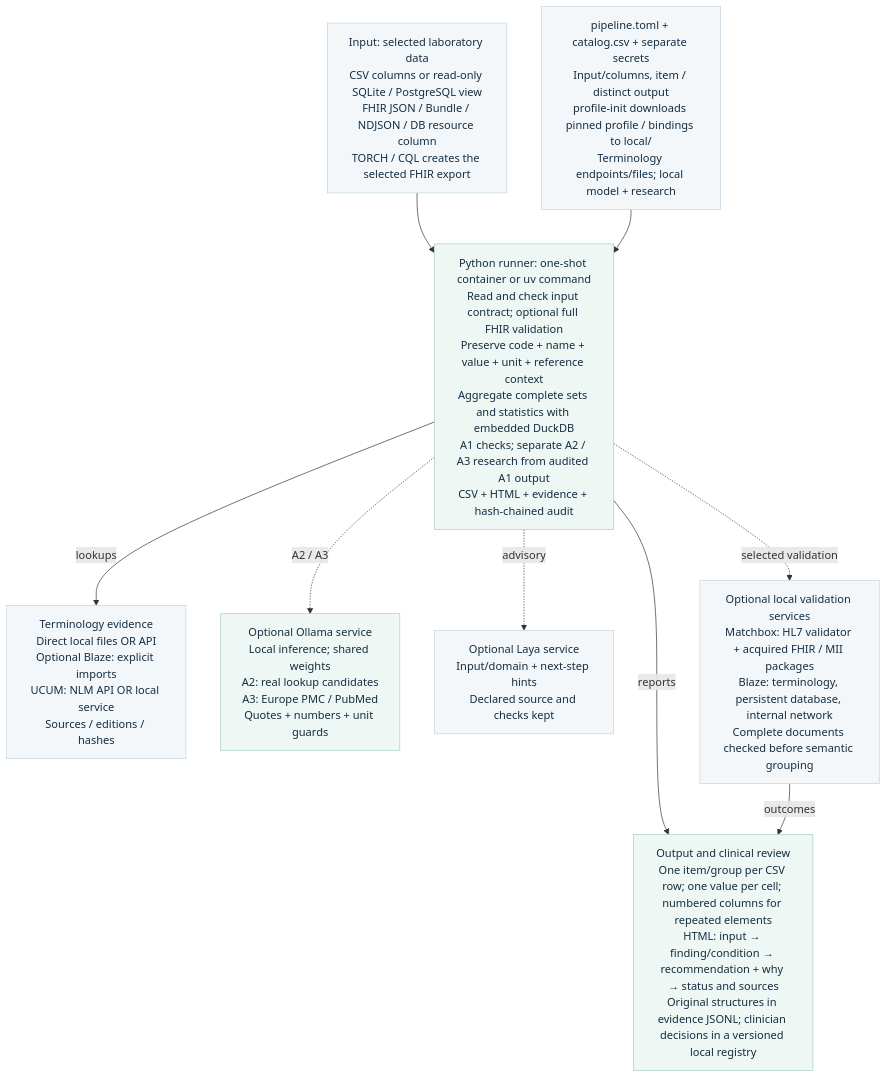
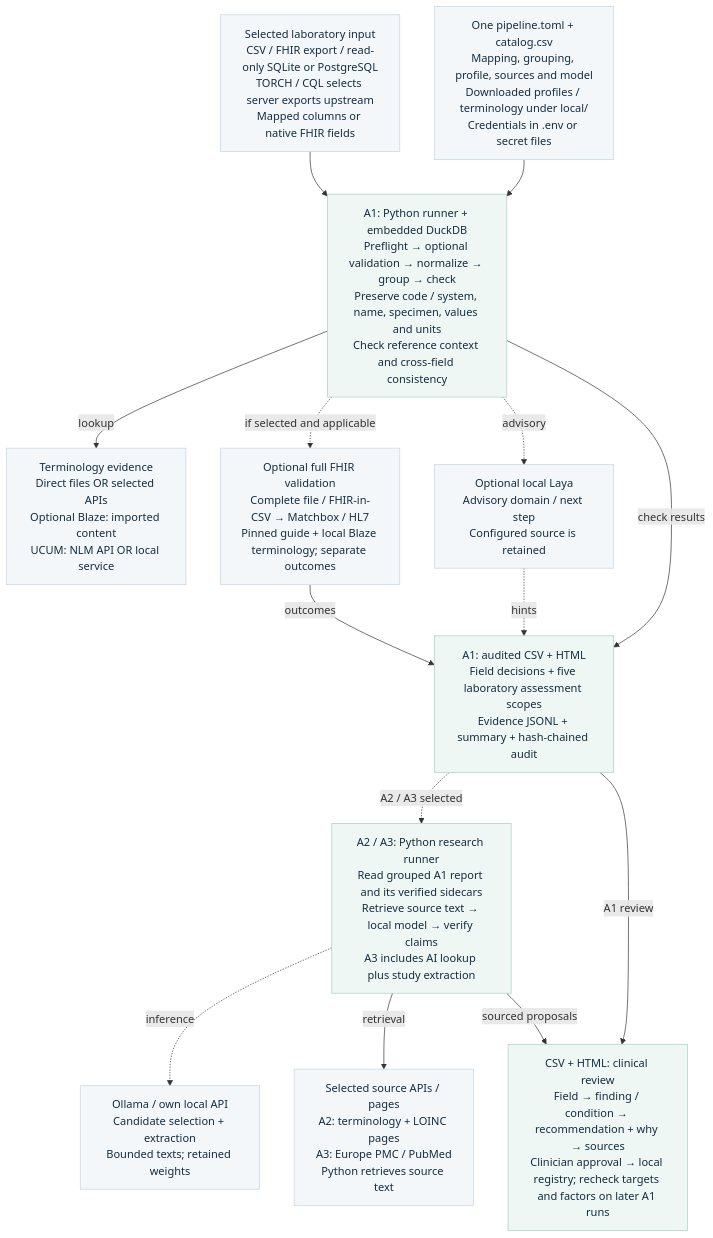
One commit to neumdan/semantic-plausibility changed the diagram in docs/architecture.mmd. Above: the diagram before and after it, drawn with Mermaid. The commit also changed 15 other files, not shown here.

Commit message:
docs: align laboratory workflow, diagrams and medication v2 scope

```diff
--- a/docs/architecture.mmd
+++ b/docs/architecture.mmd
@@ -1,23 +1,30 @@
-%% Same node/edge contract as architecture.svg.
+%% Generated with architecture.svg by tools/render_batch_diagrams.py.
 flowchart TD
-    INPUT["Input: selected laboratory data<br/>CSV columns or read-only SQLite / PostgreSQL view<br/>FHIR JSON / Bundle / NDJSON / DB resource column<br/>TORCH / CQL creates the selected FHIR export"]
-    CONFIG["pipeline.toml + catalog.csv + separate secrets<br/>Input/columns, item / distinct output<br/>profile-init downloads pinned profile / bindings to local/<br/>Terminology endpoints/files; local model + research"]
-    RUN["Python runner: one-shot container or uv command<br/>Read and check input contract; optional full FHIR validation<br/>Preserve code + name + value + unit + reference context<br/>Aggregate complete sets and statistics with embedded DuckDB<br/>A1 checks; separate A2 / A3 research from audited A1 output<br/>CSV + HTML + evidence + hash-chained audit"]
-    TX["Terminology evidence<br/>Direct local files OR API<br/>Optional Blaze: explicit imports<br/>UCUM: NLM API OR local service<br/>Sources / editions / hashes"]
-    AI["Optional Ollama service<br/>Local inference; shared weights<br/>A2: real lookup candidates<br/>A3: Europe PMC / PubMed<br/>Quotes + numbers + unit guards"]
-    LAYA["Optional Laya service<br/>Input/domain + next-step hints<br/>Declared source and checks kept"]
-    VALIDATE["Optional local validation services<br/>Matchbox: HL7 validator + acquired FHIR / MII packages<br/>Blaze: terminology, persistent database, internal network<br/>Complete documents checked before semantic grouping"]
-    OUT["Output and clinical review<br/>One item/group per CSV row; one value per cell; numbered columns for repeated elements<br/>HTML: input → finding/condition → recommendation + why → status and sources<br/>Original structures in evidence JSONL; clinician decisions in a versioned local registry"]
-    INPUT --> RUN
-    CONFIG --> RUN
-    RUN --> |"lookups"| TX
-    RUN -.-> |"A2 / A3"| AI
-    RUN -.-> |"advisory"| LAYA
-    RUN -.-> |"selected validation"| VALIDATE
-    RUN --> |"reports"| OUT
-    VALIDATE --> |"outcomes"| OUT
+    INPUT["Selected laboratory input<br/>CSV / FHIR export / read-only SQLite or PostgreSQL<br/>TORCH / CQL selects server exports upstream<br/>Mapped columns or native FHIR fields"]
+    CONFIG["One pipeline.toml + catalog.csv<br/>Mapping, grouping, profile, sources and model<br/>Downloaded profiles / terminology under local/<br/>Credentials in .env or secret files"]
+    A1["A1: Python runner + embedded DuckDB<br/>Preflight → optional validation → normalize → group → check<br/>Preserve code / system, name, specimen, values and units<br/>Check reference context and cross-field consistency"]
+    TX["Terminology evidence<br/>Direct files OR selected APIs<br/>Optional Blaze: imported content<br/>UCUM: NLM API OR local service"]
+    VALIDATE["Optional full FHIR validation<br/>Complete file / FHIR-in-CSV → Matchbox / HL7<br/>Pinned guide + local Blaze terminology; separate outcomes"]
+    LAYA["Optional local Laya<br/>Advisory domain / next step<br/>Configured source is retained"]
+    R1["A1: audited CSV + HTML<br/>Field decisions + five laboratory assessment scopes<br/>Evidence JSONL + summary + hash-chained audit"]
+    MODEL["Ollama / own local API<br/>Candidate selection + extraction<br/>Bounded texts; retained weights"]
+    RESEARCH["A2 / A3: Python research runner<br/>Read grouped A1 report and its verified sidecars<br/>Retrieve source text → local model → verify claims<br/>A3 includes AI lookup plus study extraction"]
+    WEB["Selected source APIs / pages<br/>A2: terminology + LOINC pages<br/>A3: Europe PMC / PubMed<br/>Python retrieves source text"]
+    OUT["CSV + HTML: clinical review<br/>Field → finding / condition → recommendation + why → sources<br/>Clinician approval → local registry; recheck targets and factors on later A1 runs"]
+    INPUT --> A1
+    CONFIG --> A1
+    A1 --> |"lookup"| TX
+    A1 -.-> |"if selected and applicable"| VALIDATE
+    A1 -.-> |"advisory"| LAYA
+    A1 --> |"check results"| R1
+    VALIDATE --> |"outcomes"| R1
+    LAYA -.-> |"hints"| R1
+    R1 -.-> |"A2 / A3 selected"| RESEARCH
+    R1 --> |"A1 review"| OUT
+    RESEARCH -.-> |"inference"| MODEL
+    RESEARCH --> |"retrieval"| WEB
+    RESEARCH --> |"sourced proposals"| OUT
     classDef normal fill:#f3f7fa,stroke:#c4d5df,color:#142d42
-    class INPUT,CONFIG,TX,LAYA,VALIDATE normal
+    class INPUT,CONFIG,TX,VALIDATE,LAYA,MODEL,WEB normal
     classDef teal fill:#eef7f4,stroke:#a8cfc6,color:#142d42
-    class RUN,AI,OUT teal
-    classDef error fill:#fcf1f3,stroke:#ecc7cf,color:#142d42
+    class A1,R1,RESEARCH,OUT teal
```
